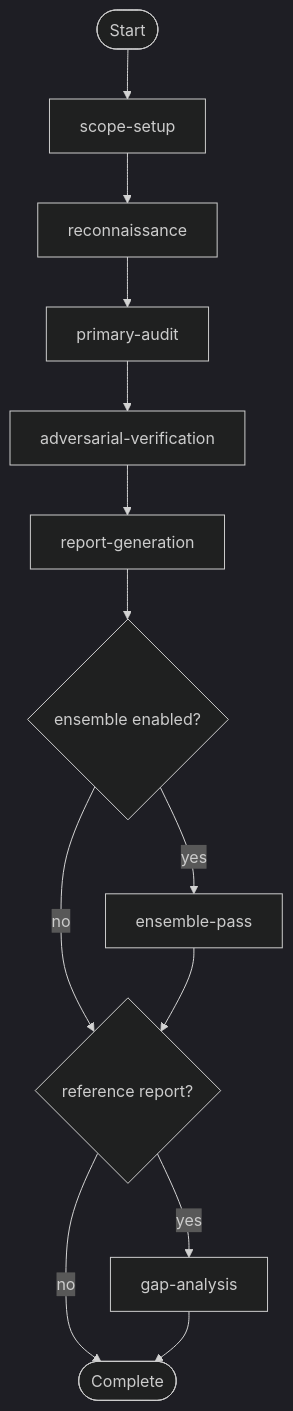
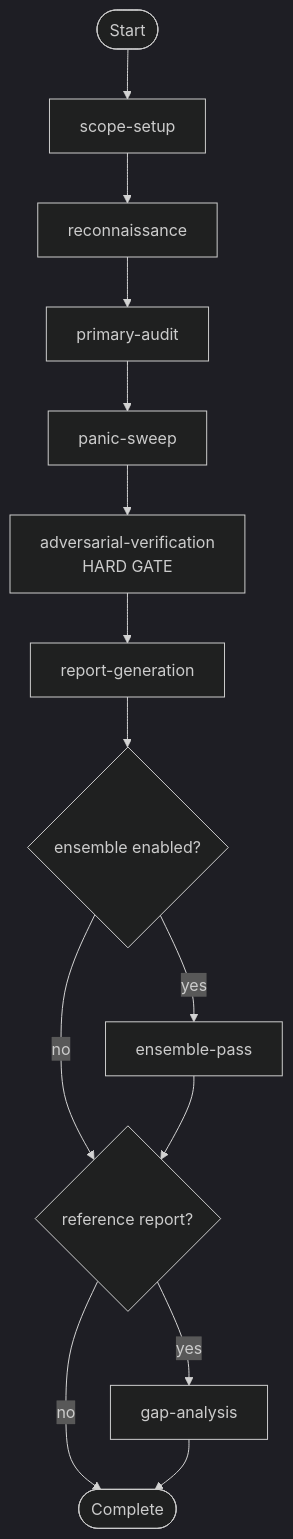
One commit to m2ux/workflow-server changed the first of 2 diagrams in substrate-node-security-audit/README.md. Above: the diagram before and after it, drawn with Mermaid (dark theme). The commit also changed other lines of this file and 2 other files, not shown here.

````diff
--- a/substrate-node-security-audit/README.md
+++ b/substrate-node-security-audit/README.md
@@ -55,15 +60,16 @@
 ```mermaid
 graph TD
     Start([Start]) --> SS[scope-setup]
     SS --> REC[reconnaissance]
     REC --> PA[primary-audit]
-    PA --> AV[adversarial-verification]
+    PA --> PS[panic-sweep]
+    PS --> AV[adversarial-verification<br/>HARD GATE]
     AV --> RG[report-generation]
     RG --> DEC1{ensemble enabled?}
     DEC1 -->|yes| EP[ensemble-pass]
     DEC1 -->|no| DEC2{reference report?}
     EP --> DEC2
     DEC2 -->|yes| GA[gap-analysis]
     DEC2 -->|no| Done([Complete])
     GA --> Done
 ```
````
